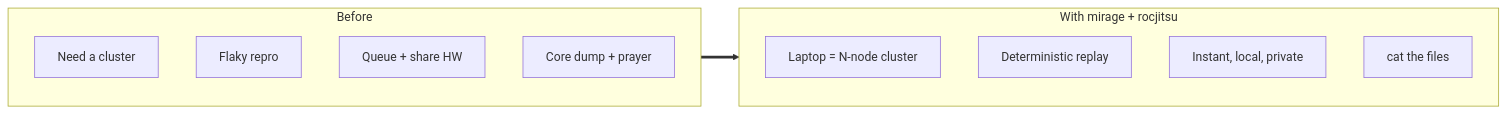
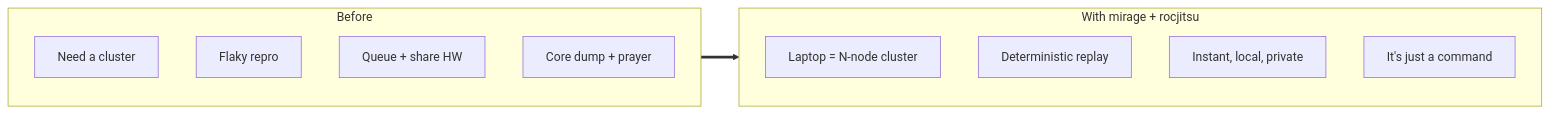
Diagram 14 of 14 in emulation/mirage/docs/demo-debugging-at-scale.md (ROCm/rocm-systems), drawn with Mermaid before and after one commit. The commit also changed other lines of this file and 107 other files, not shown here.

````diff
--- a/emulation/mirage/docs/demo-debugging-at-scale.md
+++ b/emulation/mirage/docs/demo-debugging-at-scale.md
@@ -748,16 +737,16 @@
 ```mermaid
 flowchart LR
     subgraph before["Before"]
       B1["Need a cluster"]
       B2["Flaky repro"]
       B3["Queue + share HW"]
       B4["Core dump + prayer"]
     end
     subgraph after["With mirage + rocjitsu"]
       A1["Laptop = N-node cluster"]
       A2["Deterministic replay"]
       A3["Instant, local, private"]
-      A4["cat the files"]
+      A4["It's just a command"]
     end
     before ==> after
 ```
````
